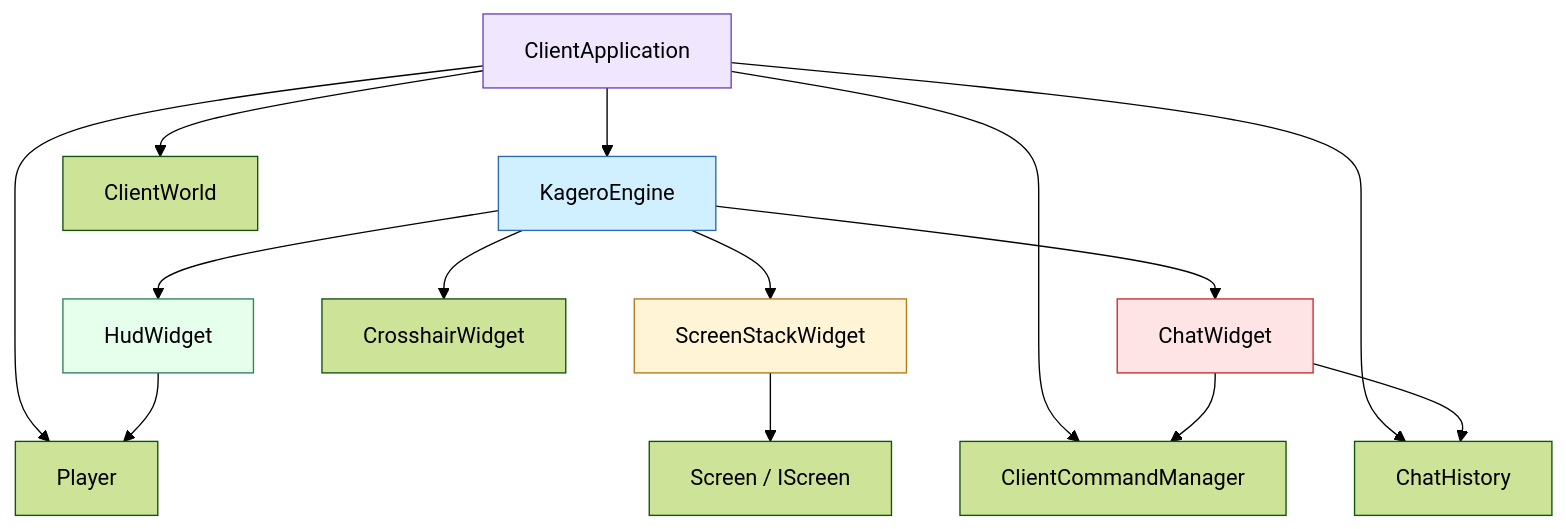
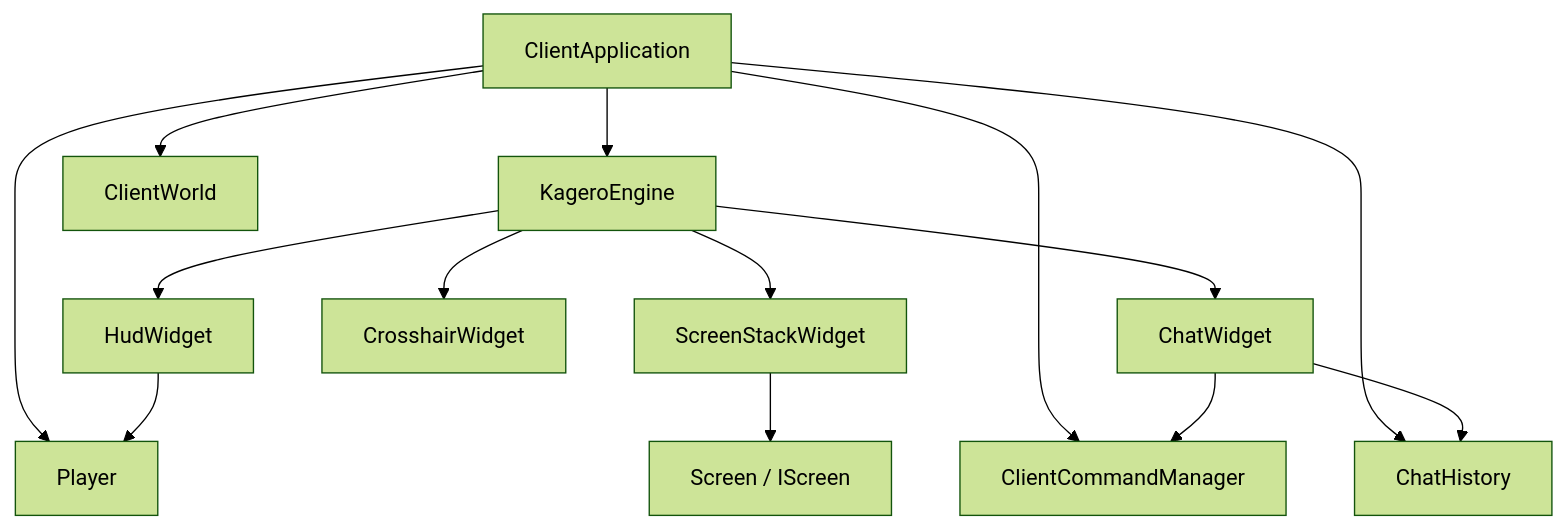
One commit to g122622/Cubium changed the diagram in src/client/ui/minecraft/widgets/README.md. Above: the diagram before and after it, drawn with Mermaid (forest theme). The commit also changed other lines of this file and 298 other files, not shown here.

````diff
--- a/src/client/ui/minecraft/widgets/README.md
+++ b/src/client/ui/minecraft/widgets/README.md
@@ -88,24 +26,18 @@
 ```mermaid
 flowchart TB
     App[ClientApplication] --> Kagero[KageroEngine]
     App --> ChatMgr[ChatHistory]
     App --> CmdMgr[ClientCommandManager]
     App --> World[ClientWorld]
     App --> Player[Player]
 
     Kagero --> Chat[ChatWidget]
     Kagero --> HUD[HudWidget]
     Kagero --> Crosshair[CrosshairWidget]
     Kagero --> Stack[ScreenStackWidget]
 
     Chat --> ChatMgr
     Chat --> CmdMgr
     HUD --> Player
     Stack --> Screens[Screen / IScreen]
-
-    style App fill:#f0e7ff,stroke:#6b46c1,color:#000
-    style Kagero fill:#d0f0ff,stroke:#2b6cb0,color:#000
-    style Chat fill:#ffe4e6,stroke:#c53030,color:#000
-    style HUD fill:#e6ffed,stroke:#2f855a,color:#000
-    style Stack fill:#fff5d6,stroke:#b7791f,color:#000
 ```
````
